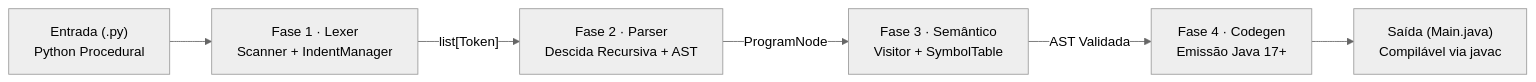
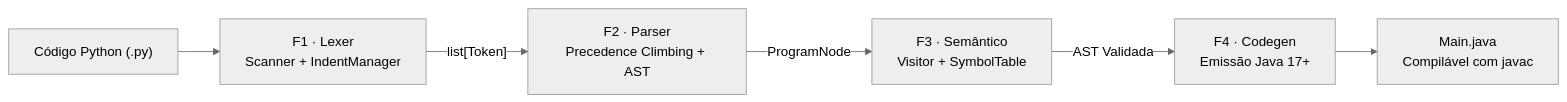
The diagram in docs/index.md (code-silva/COMPILADORES-EQUIPE-03), drawn with Mermaid (neutral theme) before and after one commit. The commit also changed other lines of this file and 1 other file, not shown here.

````diff
--- a/docs/index.md
+++ b/docs/index.md
@@ -32,8 +44,8 @@
 ```mermaid
 flowchart LR
-    Py["Entrada (.py)<br/>Python Procedural"] --> F1["Fase 1 · Lexer<br/>Scanner + IndentManager"]
-    F1 -- "list[Token]" --> F2["Fase 2 · Parser<br/>Descida Recursiva + AST"]
-    F2 -- "ProgramNode" --> F3["Fase 3 · Semântico<br/>Visitor + SymbolTable"]
-    F3 -- "AST Validada" --> F4["Fase 4 · Codegen<br/>Emissão Java 17+"]
-    F4 --> Java["Saída (Main.java)<br/>Compilável via javac"]
+    Py["Código Python (.py)"] --> F1["F1 · Lexer<br/>Scanner + IndentManager"]
+    F1 -- "list[Token]" --> F2["F2 · Parser<br/>Precedence Climbing + AST"]
+    F2 -- "ProgramNode" --> F3["F3 · Semântico<br/>Visitor + SymbolTable"]
+    F3 -- "AST Validada" --> F4["F4 · Codegen<br/>Emissão Java 17+"]
+    F4 --> Java["Main.java<br/>Compilável com javac"]
 ```
````
